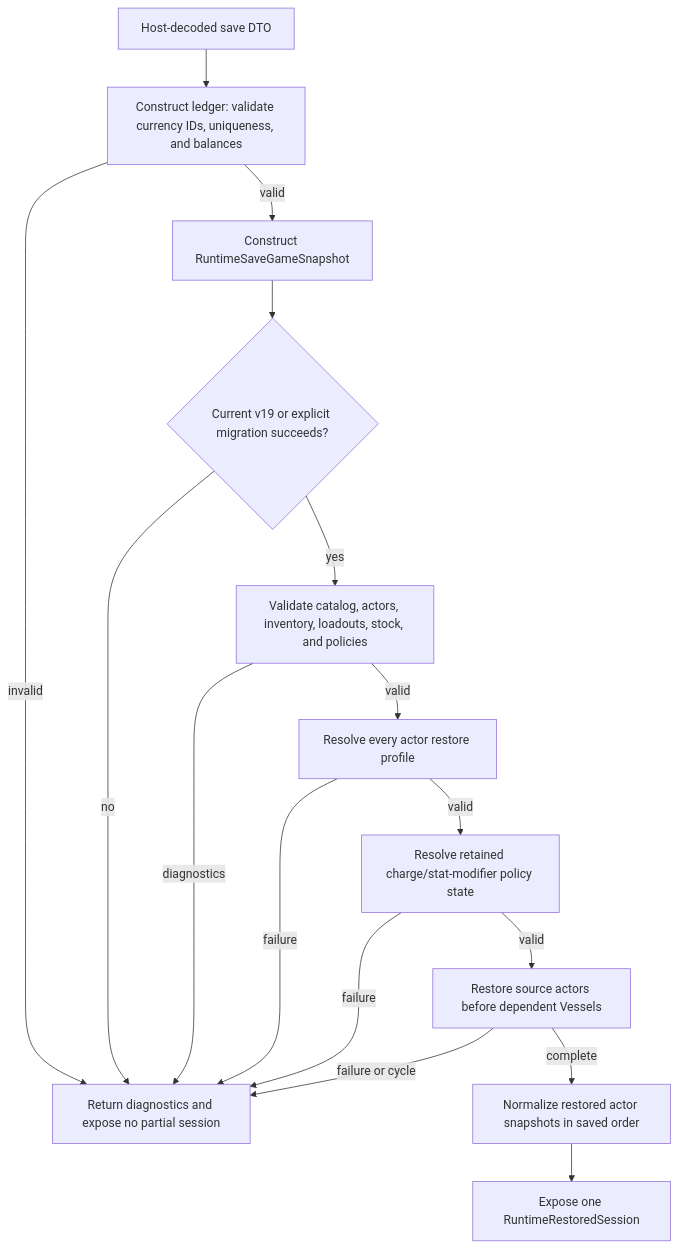
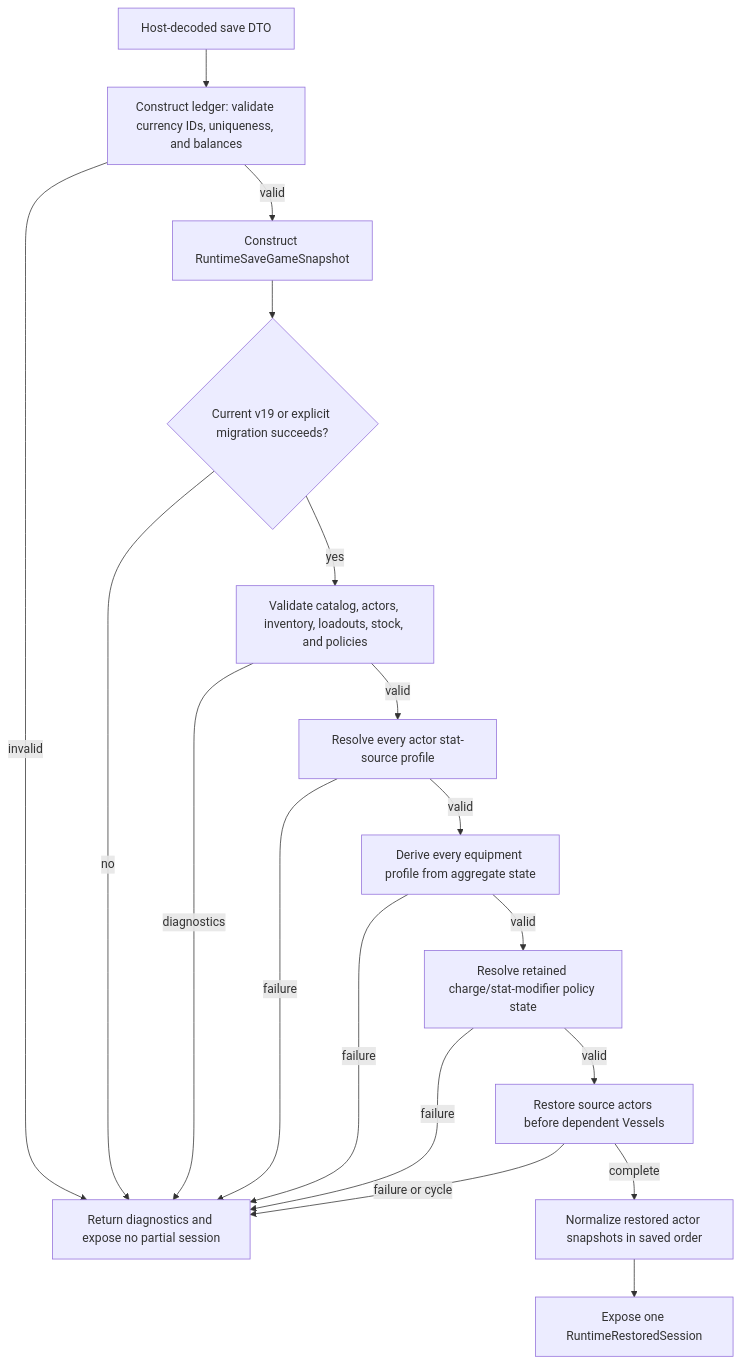
Before and after one commit to KayelC/Convergence: the fifth of 5 diagrams in docs/technical/inventory-equipment-economy-runtime.md, drawn with Mermaid. The commit also changed other lines of this file and 14 other files, not shown here.

Commit message:
runtime: derive equipment during session restore

````diff
--- a/docs/technical/inventory-equipment-economy-runtime.md
+++ b/docs/technical/inventory-equipment-economy-runtime.md
@@ -313,28 +313,31 @@
 ```mermaid
 flowchart TB
     Input["Host-decoded save DTO"]
     Ledger["Construct ledger: validate currency IDs, uniqueness, and balances"]
     Snapshot["Construct RuntimeSaveGameSnapshot"]
     Migrate{"Current v19 or explicit migration succeeds?"}
     Validate["Validate catalog, actors, inventory, loadouts, stock, and policies"]
-    Profiles["Resolve every actor restore profile"]
+    Profiles["Resolve every actor stat-source profile"]
+    Equipment["Derive every equipment profile from aggregate state"]
     Policies["Resolve retained charge/stat-modifier policy state"]
     Dependencies["Restore source actors before dependent Vessels"]
     Normalize["Normalize restored actor snapshots in saved order"]
     Success["Expose one RuntimeRestoredSession"]
     Reject["Return diagnostics and expose no partial session"]
 
     Input --> Ledger
     Ledger -->|"invalid"| Reject
     Ledger -->|"valid"| Snapshot --> Migrate
     Migrate -->|"no"| Reject
     Migrate -->|"yes"| Validate
     Validate -->|"diagnostics"| Reject
     Validate -->|"valid"| Profiles
     Profiles -->|"failure"| Reject
-    Profiles -->|"valid"| Policies
+    Profiles -->|"valid"| Equipment
+    Equipment -->|"failure"| Reject
+    Equipment -->|"valid"| Policies
     Policies -->|"failure"| Reject
     Policies -->|"valid"| Dependencies
     Dependencies -->|"failure or cycle"| Reject
     Dependencies -->|"complete"| Normalize --> Success
 ```
````
